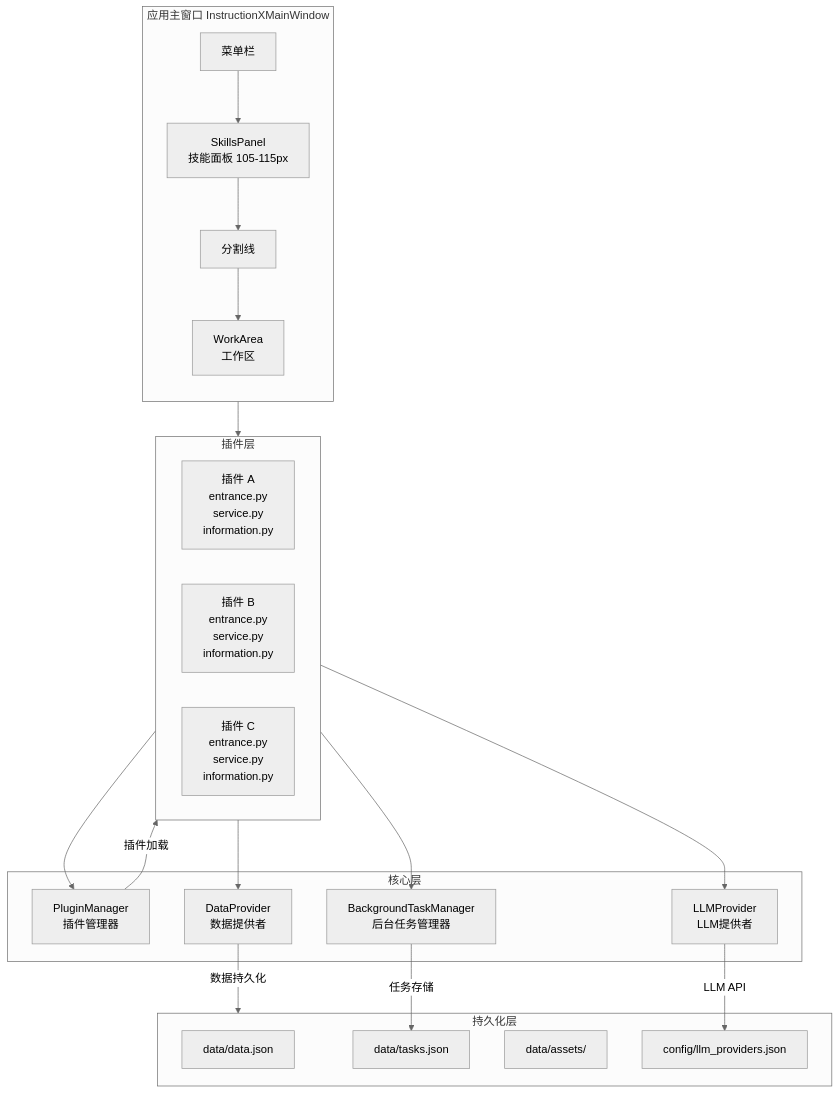
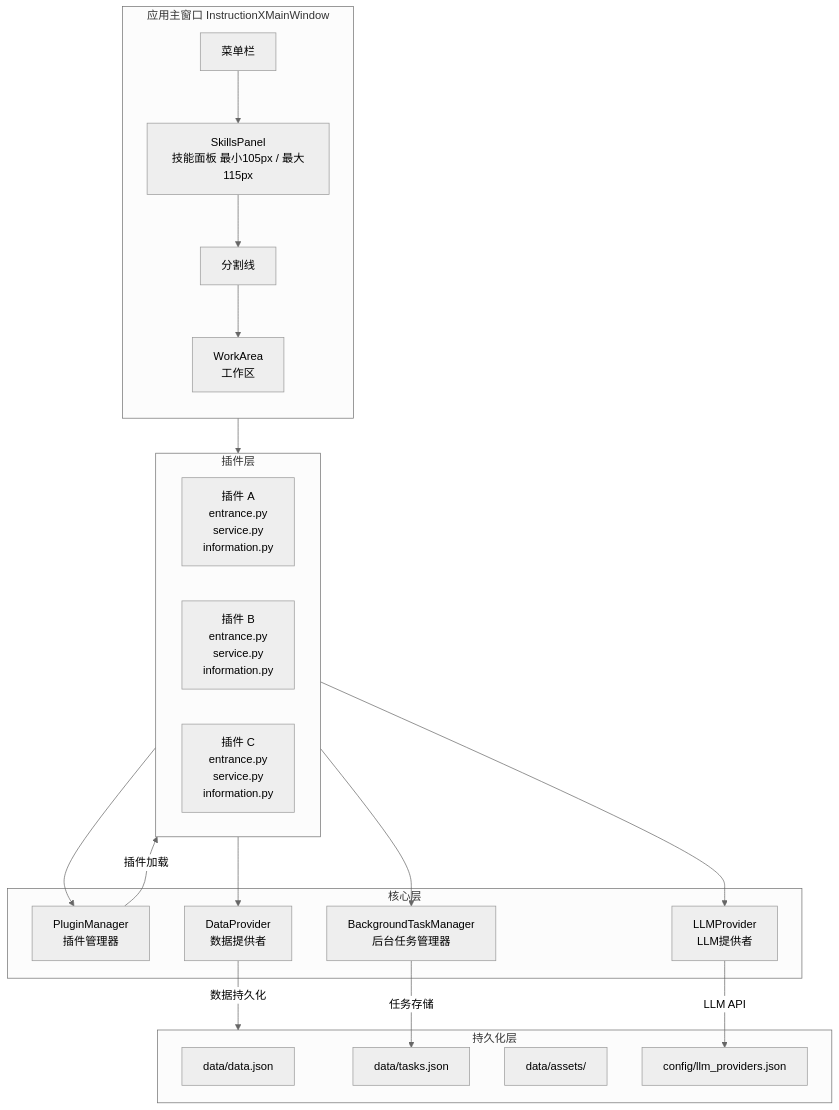
Before and after one commit to KKPIP-Tech/InstructionX: the first of 4 diagrams in docs/architecture/overview.md, drawn with Mermaid (neutral theme). The commit also changed other lines of this file and 28 other files, not shown here.

````diff
--- a/docs/architecture/overview.md
+++ b/docs/architecture/overview.md
@@ -24,39 +24,39 @@
 ```mermaid
 graph TB
     subgraph MainWindow["应用主窗口 InstructionXMainWindow"]
         direction TB
-        Menu[菜单栏] --> SP["SkillsPanel<br/>技能面板 105-115px"]
+        Menu[菜单栏] --> SP["SkillsPanel<br/>技能面板 最小105px / 最大115px"]
         SP --> Divider["分割线"]
         Divider --> WA["WorkArea<br/>工作区"]
     end
 
     subgraph Plugins["插件层"]
         PA["插件 A<br/>entrance.py<br/>service.py<br/>information.py"]
         PB["插件 B<br/>entrance.py<br/>service.py<br/>information.py"]
         PC["插件 C<br/>entrance.py<br/>service.py<br/>information.py"]
     end
 
     subgraph Core["核心层"]
         PM["PluginManager<br/>插件管理器"]
         DP["DataProvider<br/>数据提供者"]
         BTM["BackgroundTaskManager<br/>后台任务管理器"]
         LLM["LLMProvider<br/>LLM提供者"]
     end
 
     subgraph Storage["持久化层"]
         DataJSON["data/data.json"]
         TasksJSON["data/tasks.json"]
         Assets["data/assets/"]
         LLMConfig["config/llm_providers.json"]
     end
 
     MainWindow --> Plugins
     Plugins --> PM
     Plugins --> DP
     Plugins --> BTM
     Plugins --> LLM
     PM -->|插件加载| Plugins
     DP -->|数据持久化| Storage
     BTM -->|任务存储| TasksJSON
     LLM -->|LLM API| LLMConfig
 ```
````
